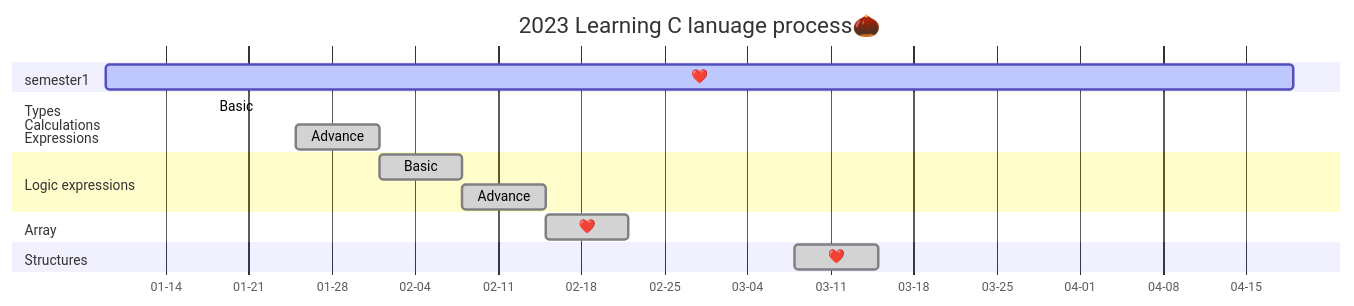
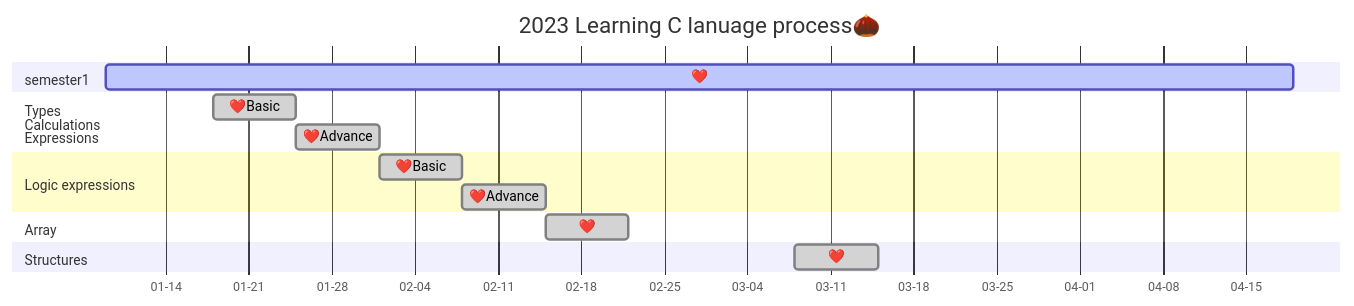
One commit to AimeeWen1992/Learning-C changed the diagram in README.md. Above: the diagram before and after it, drawn with Mermaid.

````diff
--- a/README.md
+++ b/README.md
@@ -15,24 +15,24 @@
 ```mermaid
 gantt
 title 2023 Learning C lanuage process🌰 
 dateFormat YYYY-MM-DD
 axisFormat %m-%d
 section semester1
         ❤️      :active,01-09,100d
 section Types<br />Calculations<br />Expressions
-        Basic   :done,01-18,7
-        Advance :done,01-25,7d
+        ❤️Basic   :done,01-18,7d
+        ❤️Advance :done,01-25,7d
 
 section Logic expressions
-        Basic   :done,des1,02-01,7d
-        Advance :done,des2,after des1,7d
+        ❤️Basic   :done,des1,02-01,7d
+        ❤️Advance :done,des2,after des1,7d
 
 section Array
         ❤️      :done,02-15,7d
 
 section Structures
         ❤️      :done,03-08,7d
 
 section Fountion
 
 ```
````
